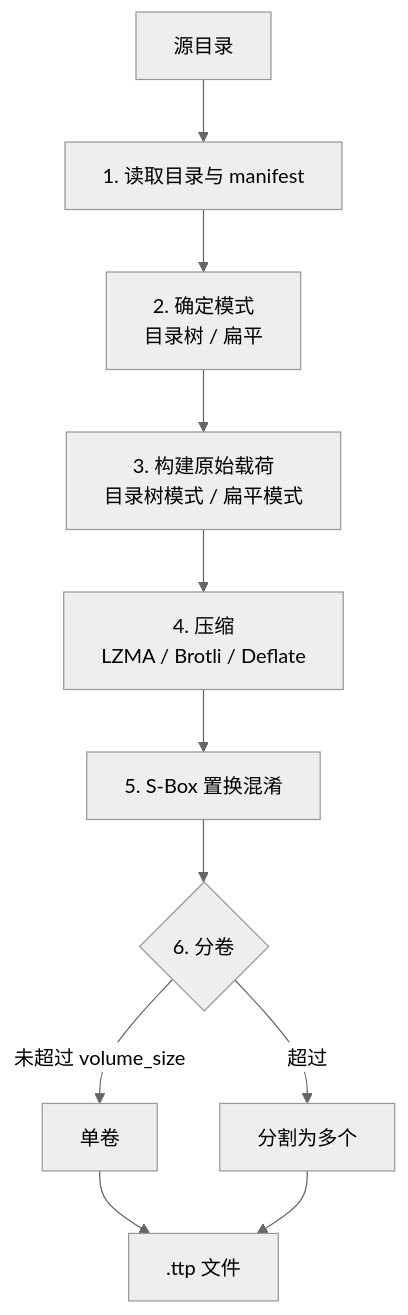
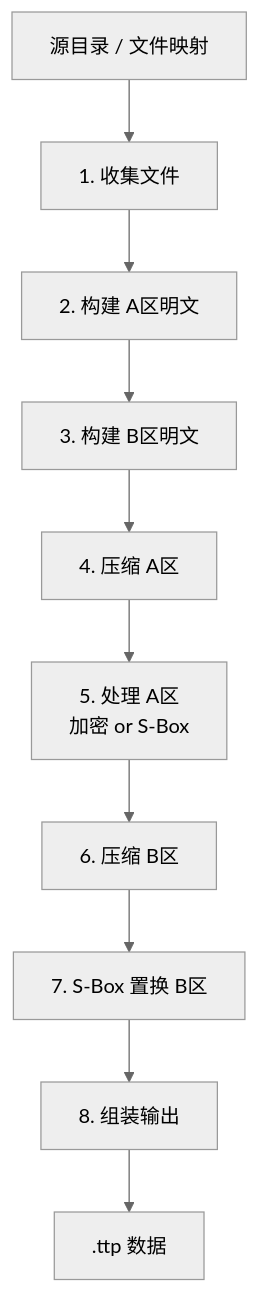
Before and after one commit to X-starRelight/docssCode: the diagram in TTP/zh/implementation/pack-flow.md, drawn with Mermaid (neutral theme). The commit also changed other lines of this file and 11 other files, not shown here.

````diff
--- a/TTP/zh/implementation/pack-flow.md
+++ b/TTP/zh/implementation/pack-flow.md
@@ -3,14 +3,13 @@
 ```mermaid
 flowchart TB
-  A[源目录]
-  A --> B[1. 读取目录与 manifest]
-  B --> C[2. 确定模式<br/>目录树 / 扁平]
-  C --> D[3. 构建原始载荷<br/>目录树模式 / 扁平模式]
-  D --> E[4. 压缩<br/>LZMA / Brotli / Deflate]
-  E --> F["5. S-Box 置换混淆"]
-  F --> G{6. 分卷}
-  G -->|未超过 volume_size| H[单卷]
-  G -->|超过| I[分割为多个]
-  H --> J[.ttp 文件]
-  I --> J
+  A[源目录 / 文件映射]
+  A --> B[1. 收集文件]
+  B --> C[2. 构建 A区明文]
+  C --> D[3. 构建 B区明文]
+  D --> E[4. 压缩 A区]
+  E --> F[5. 处理 A区<br/>加密 or S-Box]
+  F --> G[6. 压缩 B区]
+  G --> H[7. S-Box 置换 B区]
+  H --> I[8. 组装输出]
+  I --> J[.ttp 数据]
 ```
````
